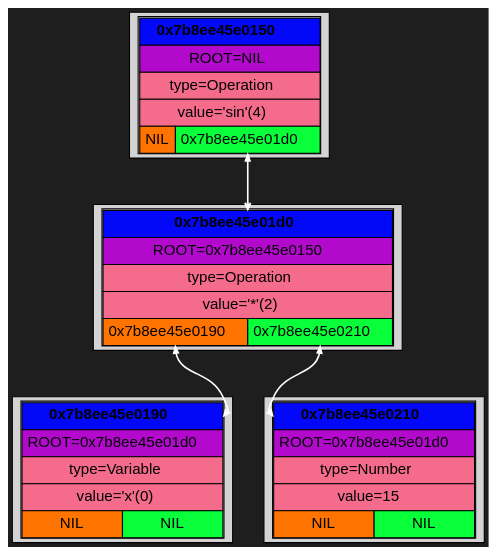
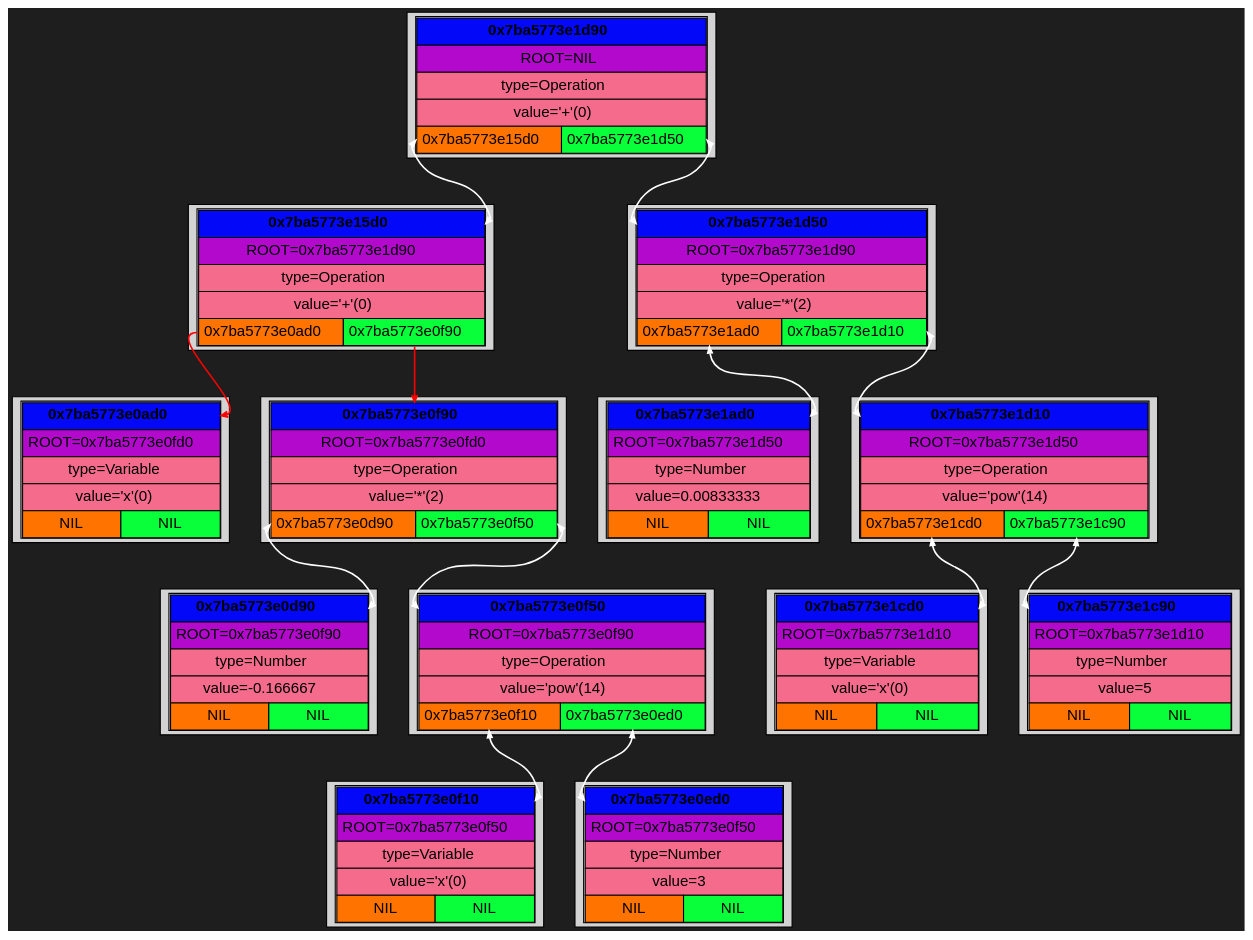
Before and after one commit to Kabuto-Mainer/Diff: the diagram in Dump/BinTree/graph.dot, drawn with Graphviz. The commit also changed 22 other files, not shown here.

```diff
--- a/Dump/BinTree/graph.dot
+++ b/Dump/BinTree/graph.dot
@@ -1,61 +1,178 @@
 digraph {
   rankdir=UD;
   bgcolor="#1e1e1e"
   nodesep=0.4;
   ranksep=0.6;
   node [shape=plaintext, style=filled, fontname="Helvetica"];
   edge [arrowhead=vee, arrowsize=0.6, penwidth=1.2];
 
-block_0x7b8ee45e0190 [shape=box, label=<
+block_0x7ba5773e0ad0 [shape=box, label=<
 <TABLE CELLSPACING="0" CELLPADDING="4">
-<TR><TD PORT="root" BGCOLOR="#0308f9ff" COLSPAN="2"><B>0x7b8ee45e0190</B></TD></TR>
-<TR><TD BGCOLOR="#b209ccff" COLSPAN="2">ROOT=0x7b8ee45e01d0</TD></TR>
+<TR><TD PORT="root" BGCOLOR="#0308f9ff" COLSPAN="2"><B>0x7ba5773e0ad0</B></TD></TR>
+<TR><TD BGCOLOR="#b209ccff" COLSPAN="2">ROOT=0x7ba5773e0fd0</TD></TR>
 <TR><TD BGCOLOR="#f46b8bff" COLSPAN="2">type=Variable</TD></TR>
 <TR><TD BGCOLOR="#f46b8bff" COLSPAN="2">value='x'(0)</TD></TR>
 <TR>
 <TD PORT="left" BGCOLOR="#ff7301ff">NIL</TD>
 <TD PORT="right" BGCOLOR="#08ff3aff">NIL</TD>
 </TR>
 </TABLE> >];
 
-block_0x7b8ee45e0210 [shape=box, label=<
+block_0x7ba5773e0d90 [shape=box, label=<
 <TABLE CELLSPACING="0" CELLPADDING="4">
-<TR><TD PORT="root" BGCOLOR="#0308f9ff" COLSPAN="2"><B>0x7b8ee45e0210</B></TD></TR>
-<TR><TD BGCOLOR="#b209ccff" COLSPAN="2">ROOT=0x7b8ee45e01d0</TD></TR>
+<TR><TD PORT="root" BGCOLOR="#0308f9ff" COLSPAN="2"><B>0x7ba5773e0d90</B></TD></TR>
+<TR><TD BGCOLOR="#b209ccff" COLSPAN="2">ROOT=0x7ba5773e0f90</TD></TR>
 <TR><TD BGCOLOR="#f46b8bff" COLSPAN="2">type=Number</TD></TR>
-<TR><TD BGCOLOR="#f46b8bff" COLSPAN="2">value=15</TD></TR>
+<TR><TD BGCOLOR="#f46b8bff" COLSPAN="2">value=-0.166667</TD></TR>
 <TR>
 <TD PORT="left" BGCOLOR="#ff7301ff">NIL</TD>
 <TD PORT="right" BGCOLOR="#08ff3aff">NIL</TD>
 </TR>
 </TABLE> >];
 
-block_0x7b8ee45e01d0 [shape=box, label=<
+block_0x7ba5773e0f10 [shape=box, label=<
 <TABLE CELLSPACING="0" CELLPADDING="4">
-<TR><TD PORT="root" BGCOLOR="#0308f9ff" COLSPAN="2"><B>0x7b8ee45e01d0</B></TD></TR>
-<TR><TD BGCOLOR="#b209ccff" COLSPAN="2">ROOT=0x7b8ee45e0150</TD></TR>
+<TR><TD PORT="root" BGCOLOR="#0308f9ff" COLSPAN="2"><B>0x7ba5773e0f10</B></TD></TR>
+<TR><TD BGCOLOR="#b209ccff" COLSPAN="2">ROOT=0x7ba5773e0f50</TD></TR>
+<TR><TD BGCOLOR="#f46b8bff" COLSPAN="2">type=Variable</TD></TR>
+<TR><TD BGCOLOR="#f46b8bff" COLSPAN="2">value='x'(0)</TD></TR>
+<TR>
+<TD PORT="left" BGCOLOR="#ff7301ff">NIL</TD>
+<TD PORT="right" BGCOLOR="#08ff3aff">NIL</TD>
+</TR>
+</TABLE> >];
+
+block_0x7ba5773e0ed0 [shape=box, label=<
+<TABLE CELLSPACING="0" CELLPADDING="4">
+<TR><TD PORT="root" BGCOLOR="#0308f9ff" COLSPAN="2"><B>0x7ba5773e0ed0</B></TD></TR>
+<TR><TD BGCOLOR="#b209ccff" COLSPAN="2">ROOT=0x7ba5773e0f50</TD></TR>
+<TR><TD BGCOLOR="#f46b8bff" COLSPAN="2">type=Number</TD></TR>
+<TR><TD BGCOLOR="#f46b8bff" COLSPAN="2">value=3</TD></TR>
+<TR>
+<TD PORT="left" BGCOLOR="#ff7301ff">NIL</TD>
+<TD PORT="right" BGCOLOR="#08ff3aff">NIL</TD>
+</TR>
+</TABLE> >];
+
+block_0x7ba5773e0f50 [shape=box, label=<
+<TABLE CELLSPACING="0" CELLPADDING="4">
+<TR><TD PORT="root" BGCOLOR="#0308f9ff" COLSPAN="2"><B>0x7ba5773e0f50</B></TD></TR>
+<TR><TD BGCOLOR="#b209ccff" COLSPAN="2">ROOT=0x7ba5773e0f90</TD></TR>
+<TR><TD BGCOLOR="#f46b8bff" COLSPAN="2">type=Operation</TD></TR>
+<TR><TD BGCOLOR="#f46b8bff" COLSPAN="2">value='pow'(14)</TD></TR>
+<TR>
+<TD PORT="left" BGCOLOR="#ff7301ff">0x7ba5773e0f10</TD>
+<TD PORT="right" BGCOLOR="#08ff3aff">0x7ba5773e0ed0</TD>
+</TR>
+</TABLE> >];
+
+block_0x7ba5773e0f90 [shape=box, label=<
+<TABLE CELLSPACING="0" CELLPADDING="4">
+<TR><TD PORT="root" BGCOLOR="#0308f9ff" COLSPAN="2"><B>0x7ba5773e0f90</B></TD></TR>
+<TR><TD BGCOLOR="#b209ccff" COLSPAN="2">ROOT=0x7ba5773e0fd0</TD></TR>
 <TR><TD BGCOLOR="#f46b8bff" COLSPAN="2">type=Operation</TD></TR>
 <TR><TD BGCOLOR="#f46b8bff" COLSPAN="2">value='*'(2)</TD></TR>
 <TR>
-<TD PORT="left" BGCOLOR="#ff7301ff">0x7b8ee45e0190</TD>
-<TD PORT="right" BGCOLOR="#08ff3aff">0x7b8ee45e0210</TD>
+<TD PORT="left" BGCOLOR="#ff7301ff">0x7ba5773e0d90</TD>
+<TD PORT="right" BGCOLOR="#08ff3aff">0x7ba5773e0f50</TD>
 </TR>
 </TABLE> >];
 
-block_0x7b8ee45e0150 [shape=box, label=<
+block_0x7ba5773e15d0 [shape=box, label=<
 <TABLE CELLSPACING="0" CELLPADDING="4">
-<TR><TD PORT="root" BGCOLOR="#0308f9ff" COLSPAN="2"><B>0x7b8ee45e0150</B></TD></TR>
-<TR><TD BGCOLOR="#b209ccff" COLSPAN="2">ROOT=NIL</TD></TR>
+<TR><TD PORT="root" BGCOLOR="#0308f9ff" COLSPAN="2"><B>0x7ba5773e15d0</B></TD></TR>
+<TR><TD BGCOLOR="#b209ccff" COLSPAN="2">ROOT=0x7ba5773e1d90</TD></TR>
 <TR><TD BGCOLOR="#f46b8bff" COLSPAN="2">type=Operation</TD></TR>
-<TR><TD BGCOLOR="#f46b8bff" COLSPAN="2">value='sin'(4)</TD></TR>
+<TR><TD BGCOLOR="#f46b8bff" COLSPAN="2">value='+'(0)</TD></TR>
 <TR>
-<TD PORT="left" BGCOLOR="#ff7301ff">NIL</TD>
-<TD PORT="right" BGCOLOR="#08ff3aff">0x7b8ee45e01d0</TD>
+<TD PORT="left" BGCOLOR="#ff7301ff">0x7ba5773e0ad0</TD>
+<TD PORT="right" BGCOLOR="#08ff3aff">0x7ba5773e0f90</TD>
 </TR>
 </TABLE> >];
 
-block_0x7b8ee45e01d0:right -> block_0x7b8ee45e0210:root [color="#fefefeff", penwidth = 1.5, arrowsize = 0.6, constraint = true, dir = both];
-block_0x7b8ee45e01d0:left -> block_0x7b8ee45e0190:root [color="#ffffffff", penwidth = 1.5, arrowsize = 0.6, constraint = true, dir = both];
-block_0x7b8ee45e0150:right -> block_0x7b8ee45e01d0:root [color="#fefefeff", penwidth = 1.5, arrowsize = 0.6, constraint = true, dir = both];
+block_0x7ba5773e1ad0 [shape=box, label=<
+<TABLE CELLSPACING="0" CELLPADDING="4">
+<TR><TD PORT="root" BGCOLOR="#0308f9ff" COLSPAN="2"><B>0x7ba5773e1ad0</B></TD></TR>
+<TR><TD BGCOLOR="#b209ccff" COLSPAN="2">ROOT=0x7ba5773e1d50</TD></TR>
+<TR><TD BGCOLOR="#f46b8bff" COLSPAN="2">type=Number</TD></TR>
+<TR><TD BGCOLOR="#f46b8bff" COLSPAN="2">value=0.00833333</TD></TR>
+<TR>
+<TD PORT="left" BGCOLOR="#ff7301ff">NIL</TD>
+<TD PORT="right" BGCOLOR="#08ff3aff">NIL</TD>
+</TR>
+</TABLE> >];
+
+block_0x7ba5773e1cd0 [shape=box, label=<
+<TABLE CELLSPACING="0" CELLPADDING="4">
+<TR><TD PORT="root" BGCOLOR="#0308f9ff" COLSPAN="2"><B>0x7ba5773e1cd0</B></TD></TR>
+<TR><TD BGCOLOR="#b209ccff" COLSPAN="2">ROOT=0x7ba5773e1d10</TD></TR>
+<TR><TD BGCOLOR="#f46b8bff" COLSPAN="2">type=Variable</TD></TR>
+<TR><TD BGCOLOR="#f46b8bff" COLSPAN="2">value='x'(0)</TD></TR>
+<TR>
+<TD PORT="left" BGCOLOR="#ff7301ff">NIL</TD>
+<TD PORT="right" BGCOLOR="#08ff3aff">NIL</TD>
+</TR>
+</TABLE> >];
+
+block_0x7ba5773e1c90 [shape=box, label=<
+<TABLE CELLSPACING="0" CELLPADDING="4">
+<TR><TD PORT="root" BGCOLOR="#0308f9ff" COLSPAN="2"><B>0x7ba5773e1c90</B></TD></TR>
+<TR><TD BGCOLOR="#b209ccff" COLSPAN="2">ROOT=0x7ba5773e1d10</TD></TR>
+<TR><TD BGCOLOR="#f46b8bff" COLSPAN="2">type=Number</TD></TR>
+<TR><TD BGCOLOR="#f46b8bff" COLSPAN="2">value=5</TD></TR>
+<TR>
+<TD PORT="left" BGCOLOR="#ff7301ff">NIL</TD>
+<TD PORT="right" BGCOLOR="#08ff3aff">NIL</TD>
+</TR>
+</TABLE> >];
+
+block_0x7ba5773e1d10 [shape=box, label=<
+<TABLE CELLSPACING="0" CELLPADDING="4">
+<TR><TD PORT="root" BGCOLOR="#0308f9ff" COLSPAN="2"><B>0x7ba5773e1d10</B></TD></TR>
+<TR><TD BGCOLOR="#b209ccff" COLSPAN="2">ROOT=0x7ba5773e1d50</TD></TR>
+<TR><TD BGCOLOR="#f46b8bff" COLSPAN="2">type=Operation</TD></TR>
+<TR><TD BGCOLOR="#f46b8bff" COLSPAN="2">value='pow'(14)</TD></TR>
+<TR>
+<TD PORT="left" BGCOLOR="#ff7301ff">0x7ba5773e1cd0</TD>
+<TD PORT="right" BGCOLOR="#08ff3aff">0x7ba5773e1c90</TD>
+</TR>
+</TABLE> >];
+
+block_0x7ba5773e1d50 [shape=box, label=<
+<TABLE CELLSPACING="0" CELLPADDING="4">
+<TR><TD PORT="root" BGCOLOR="#0308f9ff" COLSPAN="2"><B>0x7ba5773e1d50</B></TD></TR>
+<TR><TD BGCOLOR="#b209ccff" COLSPAN="2">ROOT=0x7ba5773e1d90</TD></TR>
+<TR><TD BGCOLOR="#f46b8bff" COLSPAN="2">type=Operation</TD></TR>
+<TR><TD BGCOLOR="#f46b8bff" COLSPAN="2">value='*'(2)</TD></TR>
+<TR>
+<TD PORT="left" BGCOLOR="#ff7301ff">0x7ba5773e1ad0</TD>
+<TD PORT="right" BGCOLOR="#08ff3aff">0x7ba5773e1d10</TD>
+</TR>
+</TABLE> >];
+
+block_0x7ba5773e1d90 [shape=box, label=<
+<TABLE CELLSPACING="0" CELLPADDING="4">
+<TR><TD PORT="root" BGCOLOR="#0308f9ff" COLSPAN="2"><B>0x7ba5773e1d90</B></TD></TR>
+<TR><TD BGCOLOR="#b209ccff" COLSPAN="2">ROOT=NIL</TD></TR>
+<TR><TD BGCOLOR="#f46b8bff" COLSPAN="2">type=Operation</TD></TR>
+<TR><TD BGCOLOR="#f46b8bff" COLSPAN="2">value='+'(0)</TD></TR>
+<TR>
+<TD PORT="left" BGCOLOR="#ff7301ff">0x7ba5773e15d0</TD>
+<TD PORT="right" BGCOLOR="#08ff3aff">0x7ba5773e1d50</TD>
+</TR>
+</TABLE> >];
+
+block_0x7ba5773e0f50:right -> block_0x7ba5773e0ed0:root [color="#fefefeff", penwidth = 1.5, arrowsize = 0.6, constraint = true, dir = both];
+block_0x7ba5773e0f50:left -> block_0x7ba5773e0f10:root [color="#ffffffff", penwidth = 1.5, arrowsize = 0.6, constraint = true, dir = both];
+block_0x7ba5773e0f90:right -> block_0x7ba5773e0f50:root [color="#fefefeff", penwidth = 1.5, arrowsize = 0.6, constraint = true, dir = both];
+block_0x7ba5773e0f90:left -> block_0x7ba5773e0d90:root [color="#ffffffff", penwidth = 1.5, arrowsize = 0.6, constraint = true, dir = both];
+block_0x7ba5773e15d0:right -> block_0x7ba5773e0f90:root [color="#fa0101ff", penwidth = 1.5, arrowsize = 0.6, constraint = true];
+block_0x7ba5773e15d0:left -> block_0x7ba5773e0ad0:root [color="#fa0101ff", penwidth = 1.5, arrowsize = 0.6, constraint = true];
+block_0x7ba5773e1d10:right -> block_0x7ba5773e1c90:root [color="#fefefeff", penwidth = 1.5, arrowsize = 0.6, constraint = true, dir = both];
+block_0x7ba5773e1d10:left -> block_0x7ba5773e1cd0:root [color="#ffffffff", penwidth = 1.5, arrowsize = 0.6, constraint = true, dir = both];
+block_0x7ba5773e1d50:right -> block_0x7ba5773e1d10:root [color="#fefefeff", penwidth = 1.5, arrowsize = 0.6, constraint = true, dir = both];
+block_0x7ba5773e1d50:left -> block_0x7ba5773e1ad0:root [color="#ffffffff", penwidth = 1.5, arrowsize = 0.6, constraint = true, dir = both];
+block_0x7ba5773e1d90:right -> block_0x7ba5773e1d50:root [color="#fefefeff", penwidth = 1.5, arrowsize = 0.6, constraint = true, dir = both];
+block_0x7ba5773e1d90:left -> block_0x7ba5773e15d0:root [color="#ffffffff", penwidth = 1.5, arrowsize = 0.6, constraint = true, dir = both];
 
 }
```
